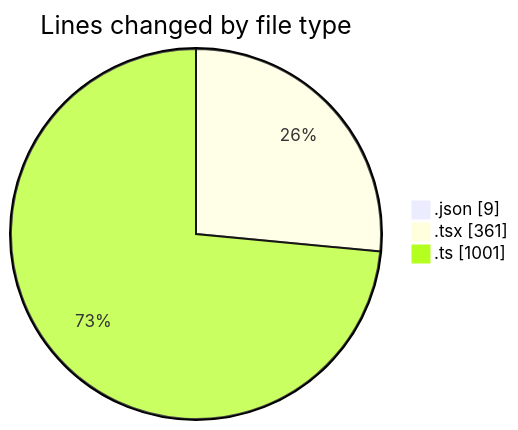
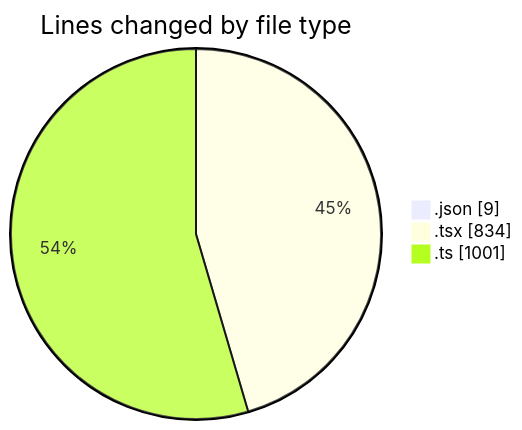
The first of 2 diagrams in 2025-10-27/eventscop-frontend-guide__workspace_/README.md (julien-gomy/code-tracking), drawn with Mermaid before and after one commit. The commit also changed other lines of this file and 1 other file, not shown here.

````diff
--- a/2025-10-27/eventscop-frontend-guide__workspace_/README.md
+++ b/2025-10-27/eventscop-frontend-guide__workspace_/README.md
@@ -25,7 +26,7 @@
 ```mermaid
 pie showData
 title Lines changed by file type
 ".json" : 9
-".tsx" : 361
+".tsx" : 834
 ".ts" : 1001
 ```
````
